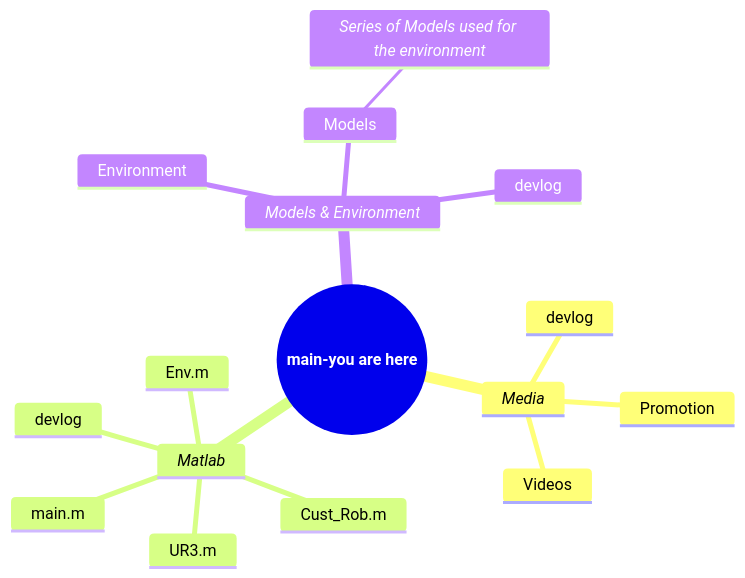
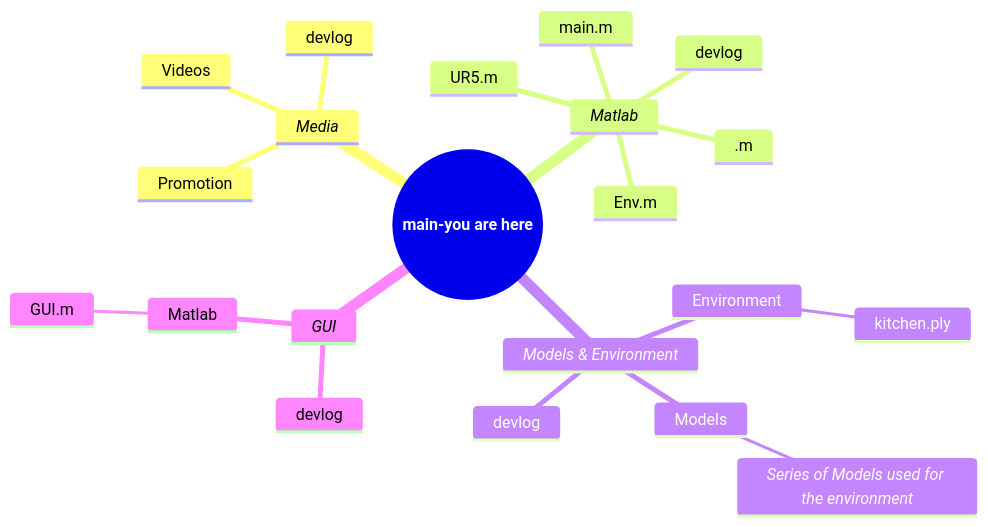
The diagram in README.md (Codebetterordietrying/INDR_A2), drawn with Mermaid before and after one commit. The commit also changed other lines of this file, not shown here.

````diff
--- a/README.md
+++ b/README.md
@@ -28,20 +28,25 @@
 ```mermaid
 mindmap
   root((**main-you are here**))
     *Media*
       Promotion
       Videos
       devlog
     *Matlab*
       main.m
       Env.m
-      UR3.m
-      Cust_Rob.m
+      UR5.m
+      <Custom Robot>.m
       devlog
     *Models & Environment*
       Environment
+        kitchen.ply
       Models
         *Series of Models used for the environment*
       devlog
+    *GUI*
+      devlog
+      Matlab
+        GUI.m
 
 ```
````
